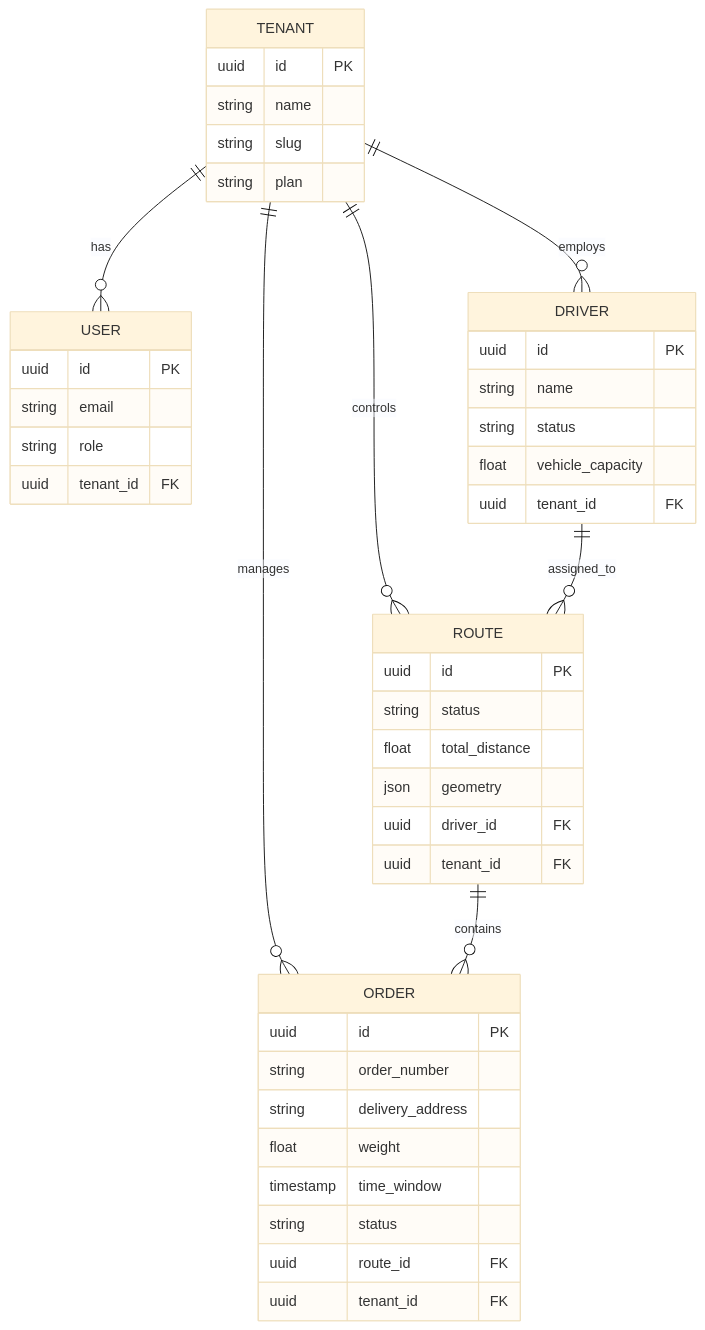
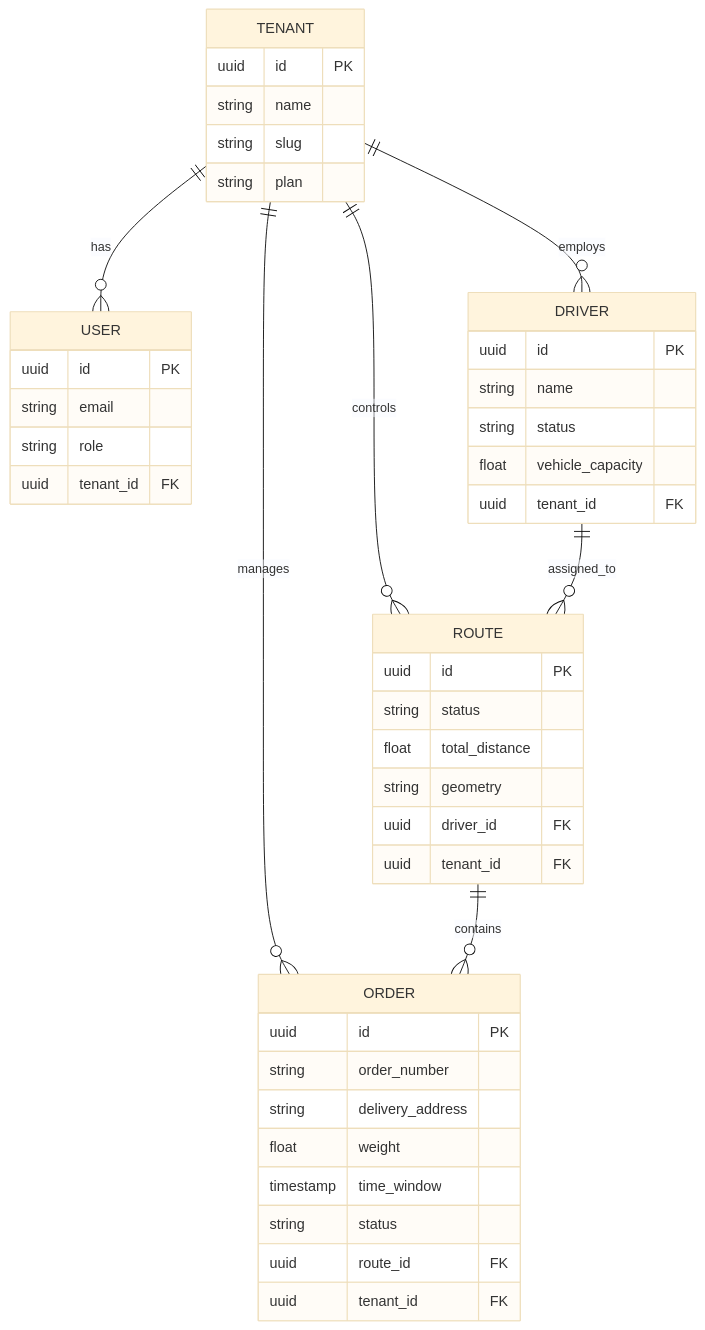
Before and after one commit to VIVEK-MARRI/IntelliLog-AI: the second of 2 diagrams in docs/architecture.md, drawn with Mermaid (base theme). The commit also changed other lines of this file, not shown here.

````diff
--- a/docs/architecture.md
+++ b/docs/architecture.md
@@ -94,52 +94,52 @@
 ```mermaid
 erDiagram
     TENANT ||--o{ USER : "has"
     TENANT ||--o{ DRIVER : "employs"
     TENANT ||--o{ ORDER : "manages"
     TENANT ||--o{ ROUTE : "controls"
     
     DRIVER ||--o{ ROUTE : "assigned_to"
     ROUTE ||--o{ ORDER : "contains"
     
     TENANT {
         uuid id PK
         string name
         string slug
         string plan
     }
     
     USER {
         uuid id PK
         string email
         string role
         uuid tenant_id FK
     }
     
     DRIVER {
         uuid id PK
         string name
         string status
         float vehicle_capacity
         uuid tenant_id FK
     }
     
     ORDER {
         uuid id PK
         string order_number
         string delivery_address
         float weight
         timestamp time_window
         string status
         uuid route_id FK
         uuid tenant_id FK
     }
     
     ROUTE {
         uuid id PK
         string status
         float total_distance
-        json geometry
+        string geometry
         uuid driver_id FK
         uuid tenant_id FK
     }
 ```
````
